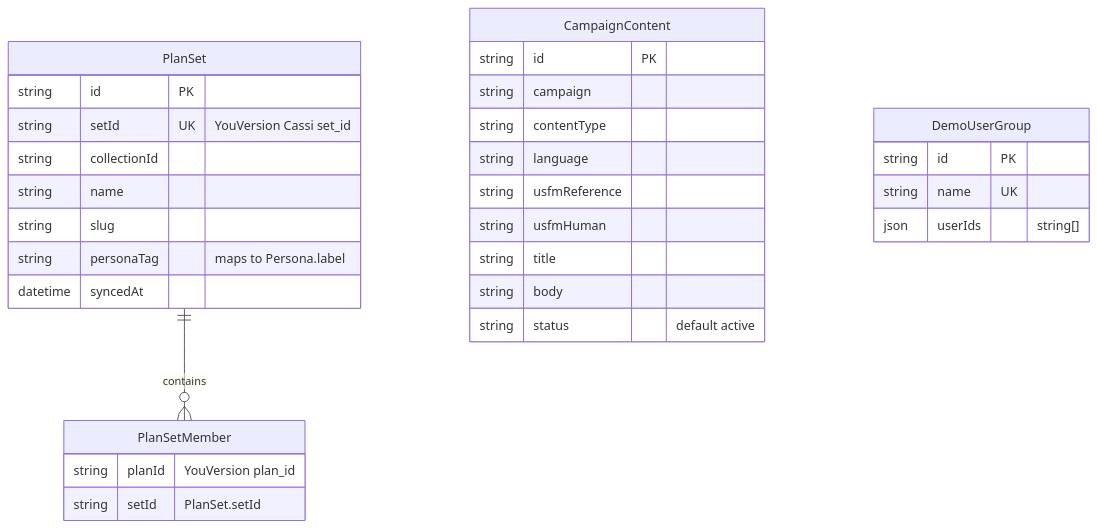
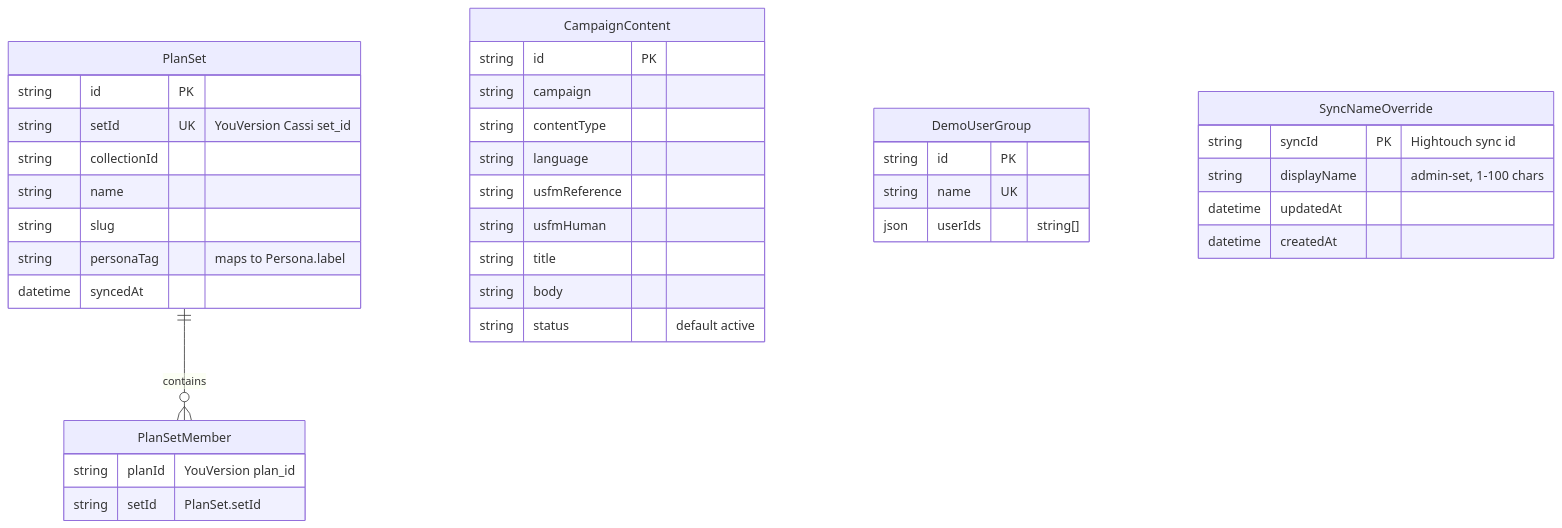
Before and after one commit to ender1311/nexusAi: the fifth of 5 diagrams in docs/data-model.md, drawn with Mermaid. The commit also changed other lines of this file, not shown here.

Commit message:
docs(data-model): add SyncNameOverride entity
Document the syncId → displayName lookup added for the Hightouch sync
display-name rename feature. Display-only; never affects triggering.

````diff
--- a/docs/data-model.md
+++ b/docs/data-model.md
@@ -348,37 +348,44 @@
 ```mermaid
 erDiagram
     PlanSet {
         string id PK
         string setId UK "YouVersion Cassi set_id"
         string collectionId
         string name
         string slug
         string personaTag "maps to Persona.label"
         datetime syncedAt
     }
 
     PlanSetMember {
         string planId "YouVersion plan_id"
         string setId "PlanSet.setId"
     }
 
     CampaignContent {
         string id PK
         string campaign
         string contentType
         string language
         string usfmReference
         string usfmHuman
         string title
         string body
         string status "default active"
     }
 
     DemoUserGroup {
         string id PK
         string name UK
         json userIds "string[]"
     }
 
+    SyncNameOverride {
+        string syncId PK "Hightouch sync id"
+        string displayName "admin-set, 1-100 chars"
+        datetime updatedAt
+        datetime createdAt
+    }
+
     PlanSet ||--o{ PlanSetMember : "contains"
 ```
````
